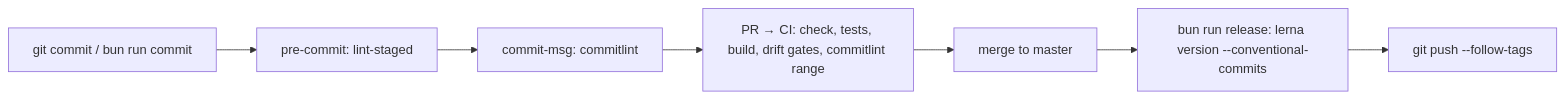
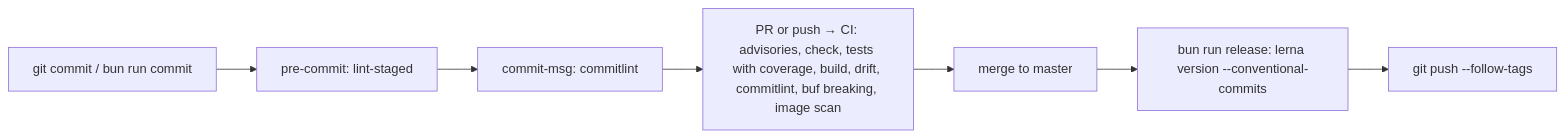
One commit to alonecandies/nestjs-boilerplate changed the diagram in docs/RELEASING.md. Above: the diagram before and after it, drawn with Mermaid. The commit also changed other lines of this file and 12 other files, not shown here.

````diff
--- a/docs/RELEASING.md
+++ b/docs/RELEASING.md
@@ -5,9 +5,9 @@
 ```mermaid
 flowchart LR
   A[git commit / bun run commit] --> B[pre-commit: lint-staged]
   B --> C[commit-msg: commitlint]
-  C --> D[PR → CI: check, tests, build, drift gates, commitlint range]
+  C --> D[PR or push → CI: advisories, check, tests with coverage, build, drift, commitlint, buf breaking, image scan]
   D --> E[merge to master]
   E --> F[bun run release: lerna version --conventional-commits]
   F --> G[git push --follow-tags]
 ```
````
